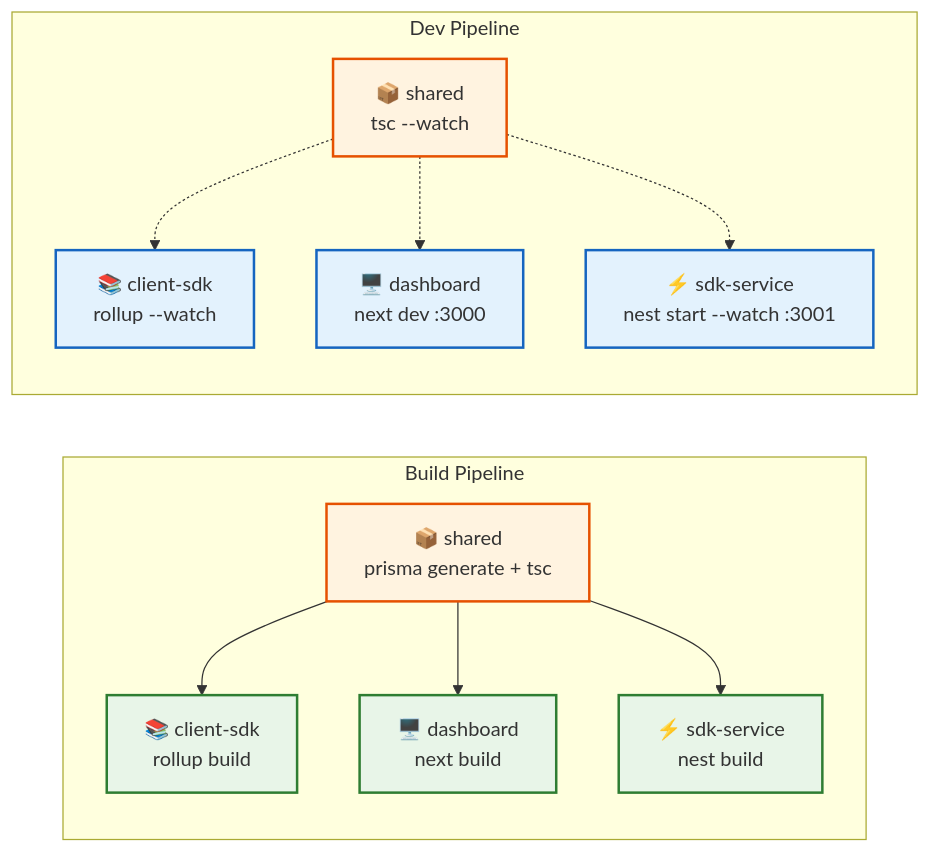
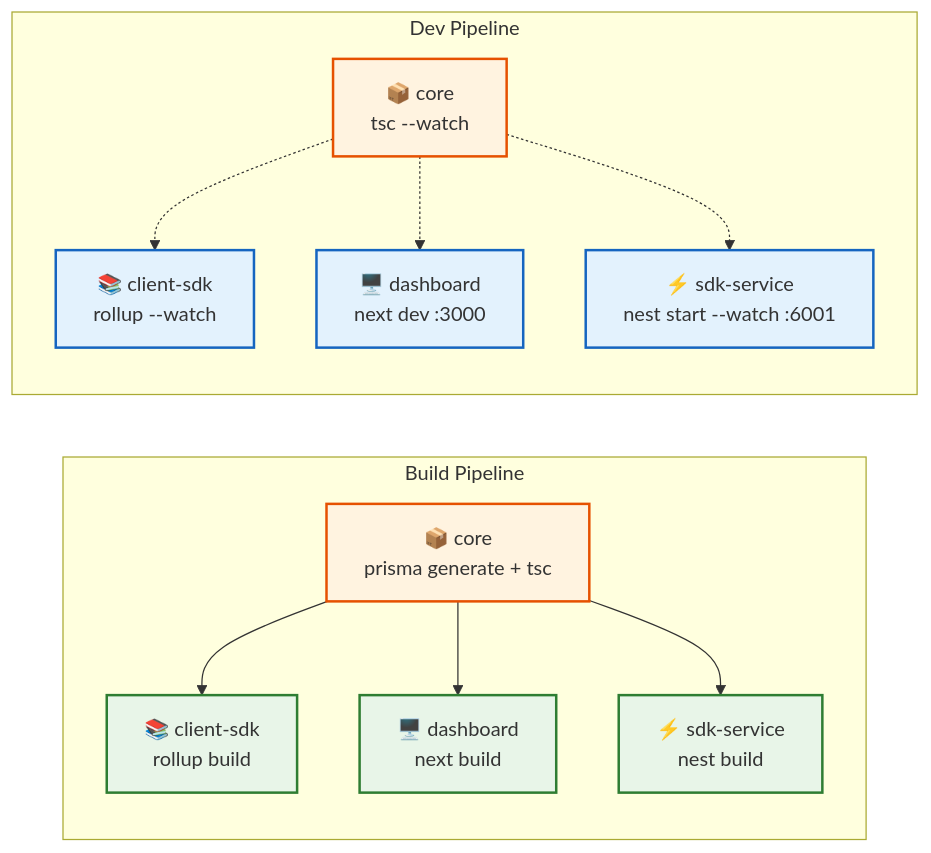
One commit to mariobrusarosco/peek-a-boo changed the second of 7 diagrams in docs/architecture-diagrams.md. Above: the diagram before and after it, drawn with Mermaid. The commit also changed other lines of this file and 5 other files, not shown here.

````diff
--- a/docs/architecture-diagrams.md
+++ b/docs/architecture-diagrams.md
@@ -46,22 +47,22 @@
 ```mermaid
 graph LR
     subgraph "Build Pipeline"
-        A[📦 shared<br/>prisma generate + tsc] --> B[📚 client-sdk<br/>rollup build]
+        A[📦 core<br/>prisma generate + tsc] --> B[📚 client-sdk<br/>rollup build]
         A --> C[🖥️ dashboard<br/>next build]
         A --> D[⚡ sdk-service<br/>nest build]
     end
-    
+
     subgraph "Dev Pipeline"
-        E[📦 shared<br/>tsc --watch] -.-> F[📚 client-sdk<br/>rollup --watch]
+        E[📦 core<br/>tsc --watch] -.-> F[📚 client-sdk<br/>rollup --watch]
         E -.-> G[🖥️ dashboard<br/>next dev :3000]
-        E -.-> H[⚡ sdk-service<br/>nest start --watch :3001]
+        E -.-> H[⚡ sdk-service<br/>nest start --watch :6001]
     end
-    
-    classDef shared fill:#fff3e0,stroke:#e65100,stroke-width:2px
+
+    classDef core fill:#fff3e0,stroke:#e65100,stroke-width:2px
     classDef build fill:#e8f5e8,stroke:#2e7d32,stroke-width:2px
     classDef dev fill:#e3f2fd,stroke:#1565c0,stroke-width:2px
-    
-    class A,E shared
+
+    class A,E core
     class B,C,D build
     class F,G,H dev
 ```
````
